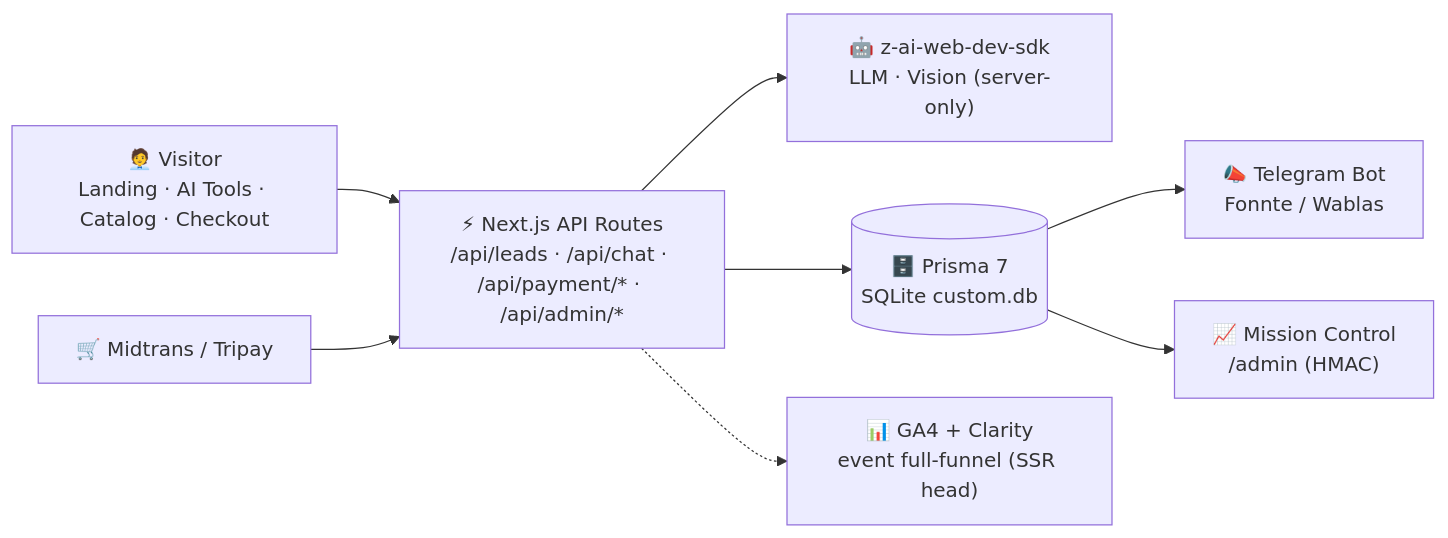
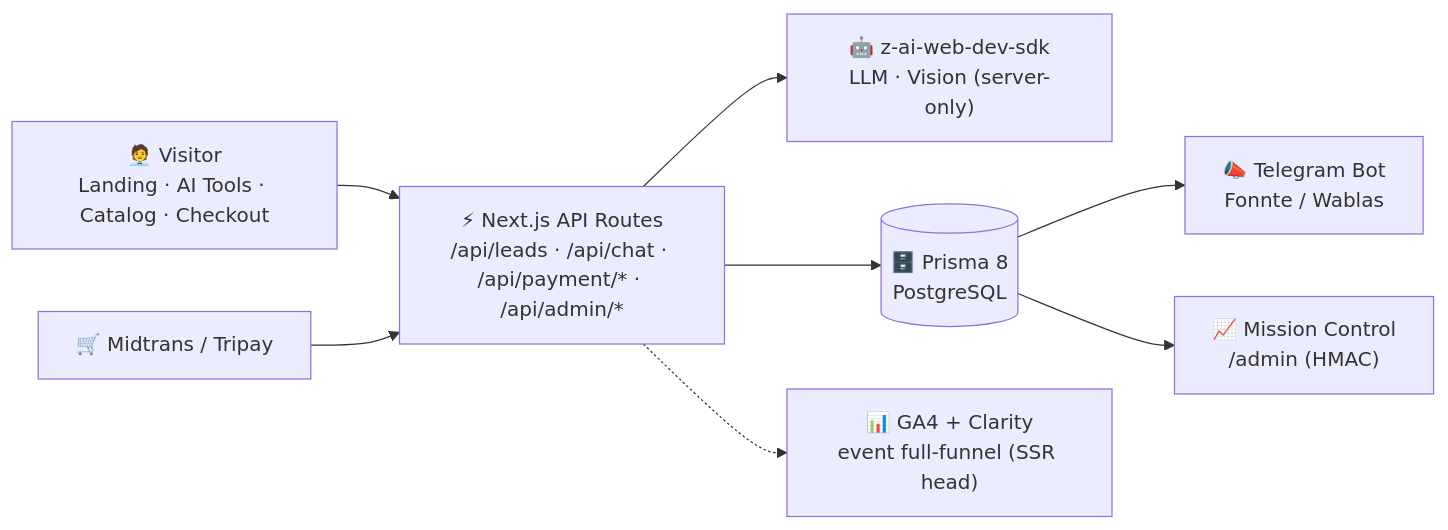
One commit to gunaracorp/pusatperizinan changed the fourth of 5 diagrams in README.md. Above: the diagram before and after it, drawn with Mermaid. The commit also changed other lines of this file, not shown here.

Commit message:
docs: update bilingual README for Prisma 8 PostgreSQL architecture

````diff
--- a/README.md
+++ b/README.md
@@ -1080,10 +1084,10 @@
 ```mermaid
 flowchart LR
     A["🧑‍💼 Visitor<br/>Landing · AI Tools · Catalog · Checkout"] --> B["⚡ Next.js API Routes<br/>/api/leads · /api/chat · /api/payment/* · /api/admin/*"]
     B --> E["🤖 z-ai-web-dev-sdk<br/>LLM · Vision (server-only)"]
-    B --> F[("🗄️ Prisma 7<br/>SQLite custom.db")]
+    B --> F[("🗄️ Prisma 8<br/>PostgreSQL")]
     F --> G["📣 Telegram Bot<br/>Fonnte / Wablas"]
     C["🛒 Midtrans / Tripay"] --> B
     F --> H["📈 Mission Control<br/>/admin (HMAC)"]
     B -.-> I["📊 GA4 + Clarity<br/>event full-funnel (SSR head)"]
 ```
````
